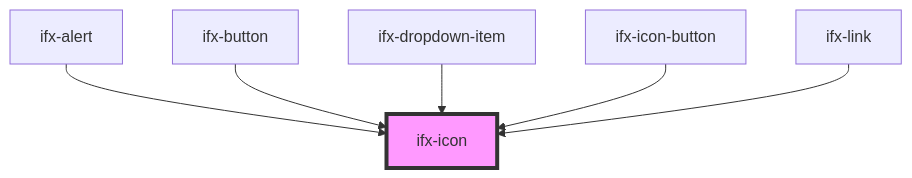
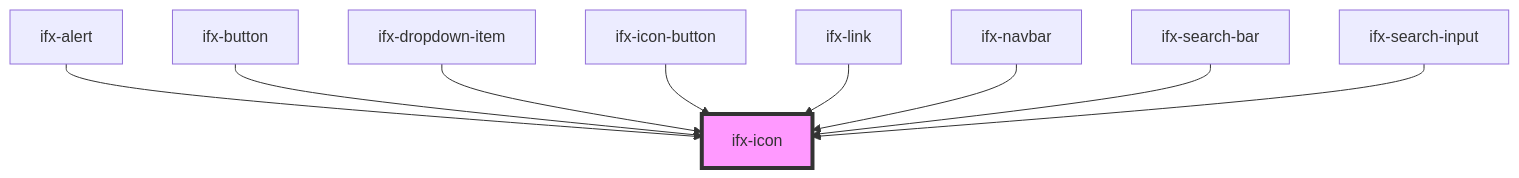
One commit to Infineon/infineon-design-system-stencil changed the diagram in src/components/icon/readme.md. Above: the diagram before and after it, drawn with Mermaid. The commit also changed other lines of this file and 19 other files, not shown here.

````diff
--- a/src/components/icon/readme.md
+++ b/src/components/icon/readme.md
@@ -27,9 +30,12 @@
 ```mermaid
 graph TD;
   ifx-alert --> ifx-icon
   ifx-button --> ifx-icon
   ifx-dropdown-item --> ifx-icon
   ifx-icon-button --> ifx-icon
   ifx-link --> ifx-icon
+  ifx-navbar --> ifx-icon
+  ifx-search-bar --> ifx-icon
+  ifx-search-input --> ifx-icon
   style ifx-icon fill:#f9f,stroke:#333,stroke-width:4px
 ```
````
